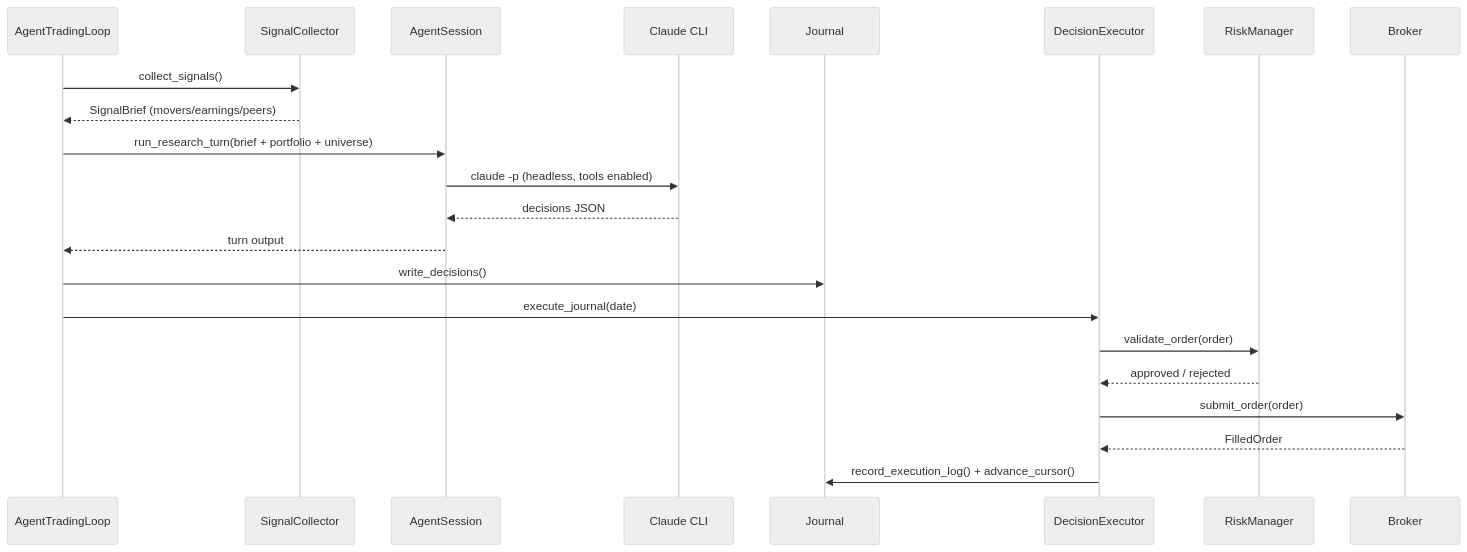
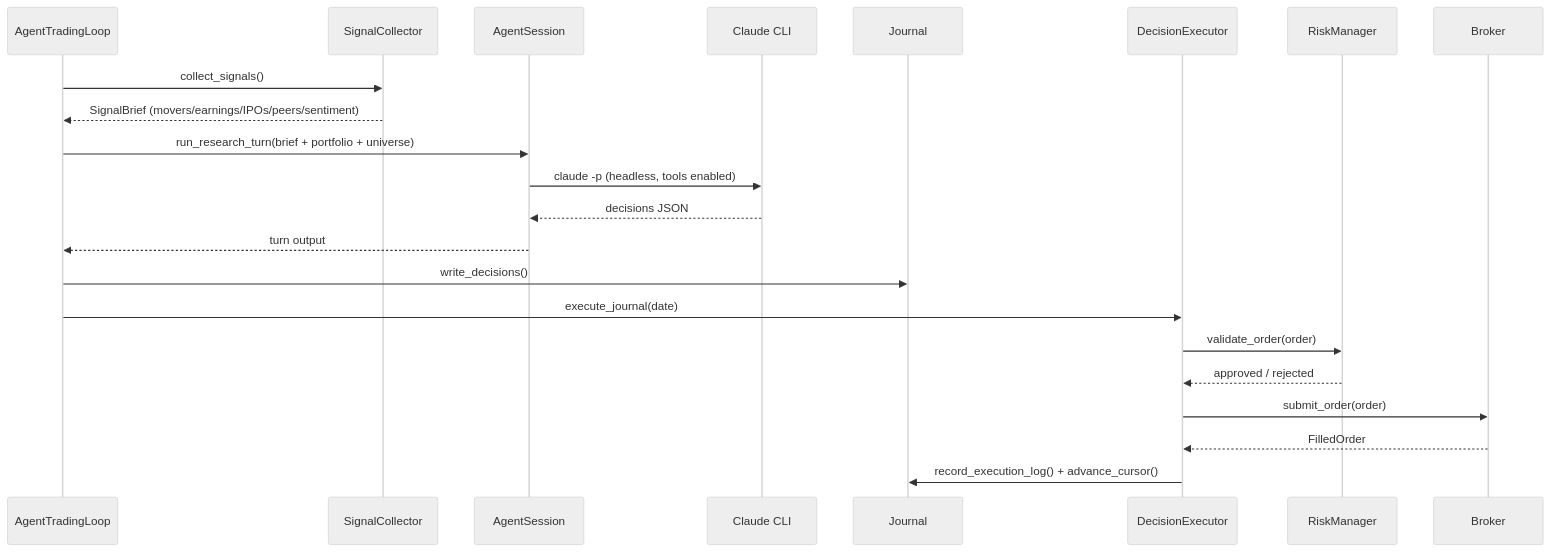
One commit to inventor71/autostock changed the diagram in aidlc-docs/codekb/architecture.md. Above: the diagram before and after it, drawn with Mermaid (neutral theme). The commit also changed other lines of this file and 7 other files, not shown here.

````diff
--- a/aidlc-docs/codekb/architecture.md
+++ b/aidlc-docs/codekb/architecture.md
@@ -113,25 +113,25 @@
 ```mermaid
 sequenceDiagram
     participant ORC as AgentTradingLoop
     participant SIG as SignalCollector
     participant SESS as AgentSession
     participant CLAUDE as Claude CLI
     participant JNL as Journal
     participant EXEC as DecisionExecutor
     participant RM as RiskManager
     participant BRK as Broker
 
     ORC->>SIG: collect_signals()
-    SIG-->>ORC: SignalBrief (movers/earnings/peers)
+    SIG-->>ORC: SignalBrief (movers/earnings/IPOs/peers/sentiment)
     ORC->>SESS: run_research_turn(brief + portfolio + universe)
     SESS->>CLAUDE: claude -p (headless, tools enabled)
     CLAUDE-->>SESS: decisions JSON
     SESS-->>ORC: turn output
     ORC->>JNL: write_decisions()
     ORC->>EXEC: execute_journal(date)
     EXEC->>RM: validate_order(order)
     RM-->>EXEC: approved / rejected
     EXEC->>BRK: submit_order(order)
     BRK-->>EXEC: FilledOrder
     EXEC->>JNL: record_execution_log() + advance_cursor()
 ```
````
